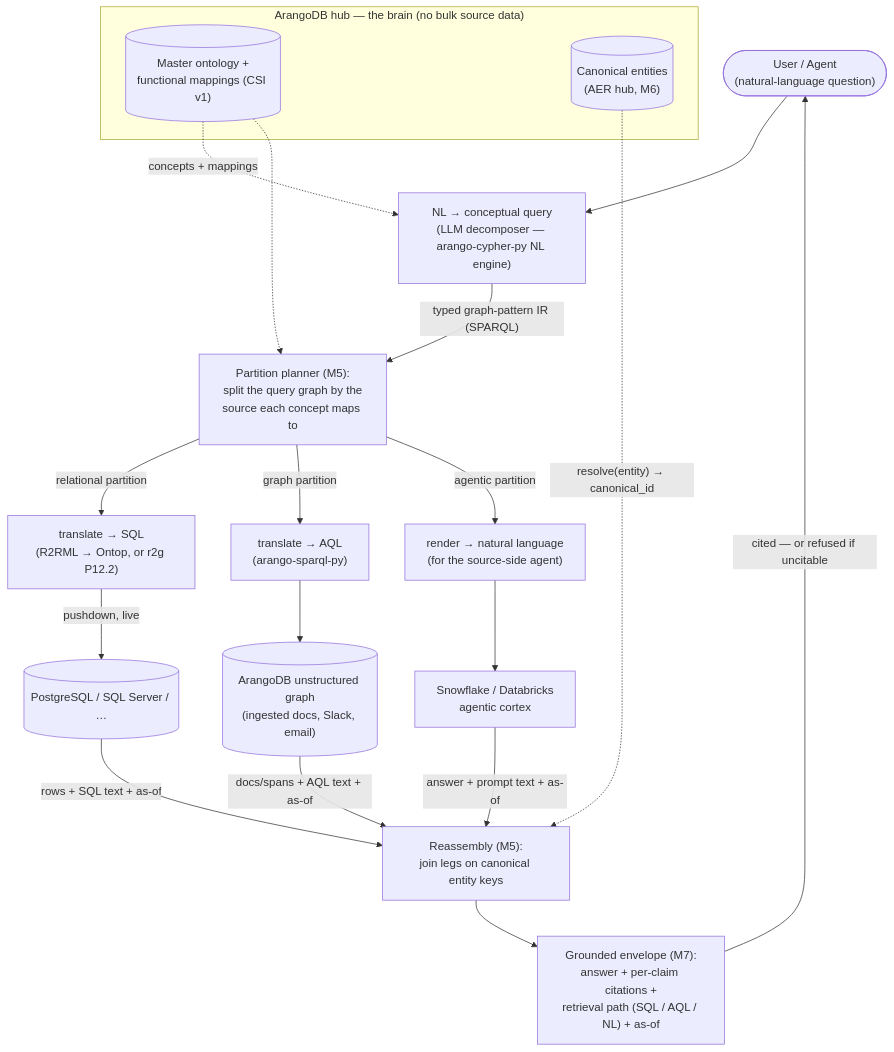
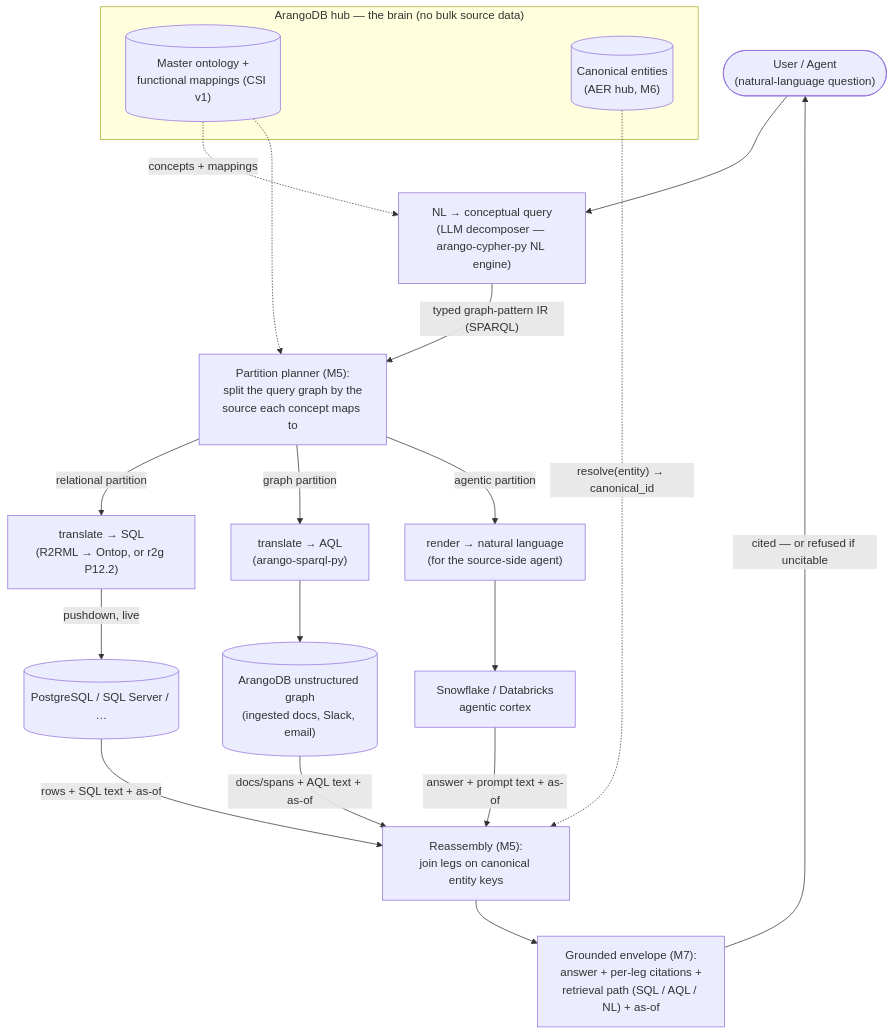
Before and after one commit to ArthurKeen/contextual-data-fabric: the first of 2 diagrams in README.md, drawn with Mermaid. The commit also changed other lines of this file and 28 other files, not shown here.

````diff
--- a/README.md
+++ b/README.md
@@ -86,30 +115,30 @@
 ```mermaid
 flowchart TB
     U(["User / Agent<br/>(natural-language question)"])
     U --> NLE["NL → conceptual query<br/>(LLM decomposer — arango-cypher-py NL engine)"]
 
     subgraph HUB["ArangoDB hub — the brain (no bulk source data)"]
         ONT[("Master ontology +<br/>functional mappings (CSI v1)")]
         CAN[("Canonical entities<br/>(AER hub, M6)")]
     end
 
     ONT -.->|"concepts + mappings"| NLE
     NLE -->|"typed graph-pattern IR (SPARQL)"| PLAN["Partition planner (M5):<br/>split the query graph by the<br/>source each concept maps to"]
     ONT -.-> PLAN
 
     PLAN -->|"relational partition"| TSQL["translate → SQL<br/>(R2RML → Ontop, or r2g P12.2)"]
     PLAN -->|"graph partition"| TAQL["translate → AQL<br/>(arango-sparql-py)"]
     PLAN -->|"agentic partition"| TNLQ["render → natural language<br/>(for the source-side agent)"]
 
     TSQL -->|"pushdown, live"| PG[("PostgreSQL / SQL Server / …")]
     TAQL --> ADB[("ArangoDB unstructured graph<br/>(ingested docs, Slack, email)")]
     TNLQ --> CTX["Snowflake / Databricks<br/>agentic cortex"]
 
     PG -->|"rows + SQL text + as-of"| ASM
     ADB -->|"docs/spans + AQL text + as-of"| ASM
     CTX -->|"answer + prompt text + as-of"| ASM["Reassembly (M5):<br/>join legs on canonical entity keys"]
     CAN -.->|"resolve(entity) → canonical_id"| ASM
 
-    ASM --> ENV["Grounded envelope (M7):<br/>answer + per-claim citations +<br/>retrieval path (SQL / AQL / NL) + as-of"]
+    ASM --> ENV["Grounded envelope (M7):<br/>answer + per-leg citations +<br/>retrieval path (SQL / AQL / NL) + as-of"]
     ENV -->|"cited — or refused if uncitable"| U
 ```
````
